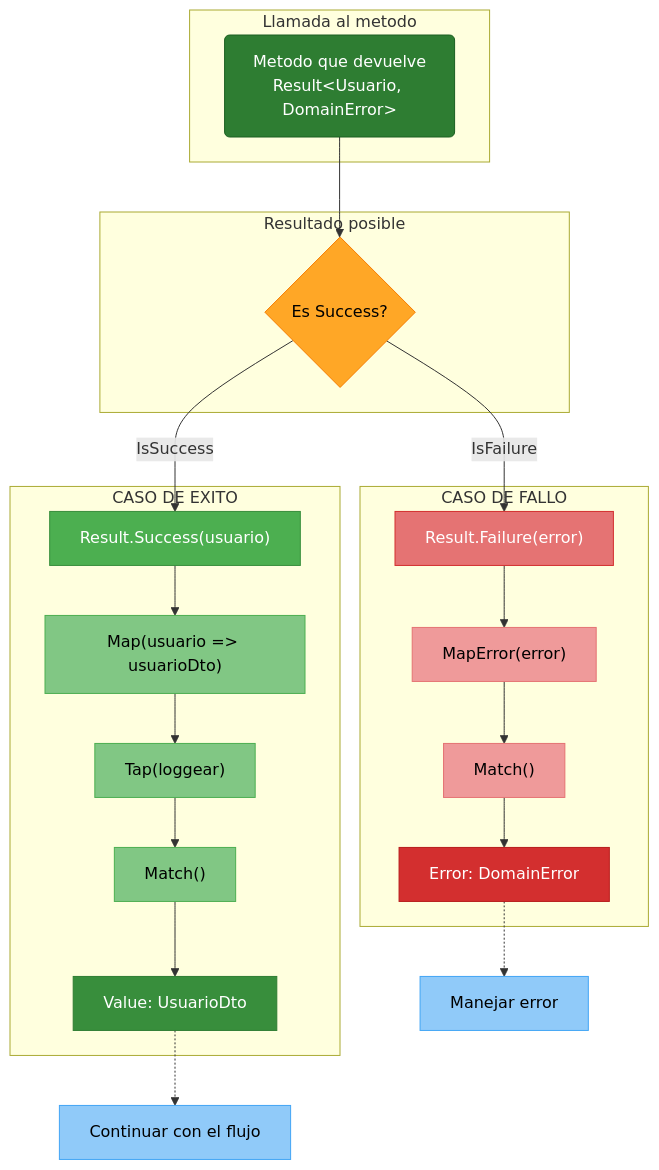
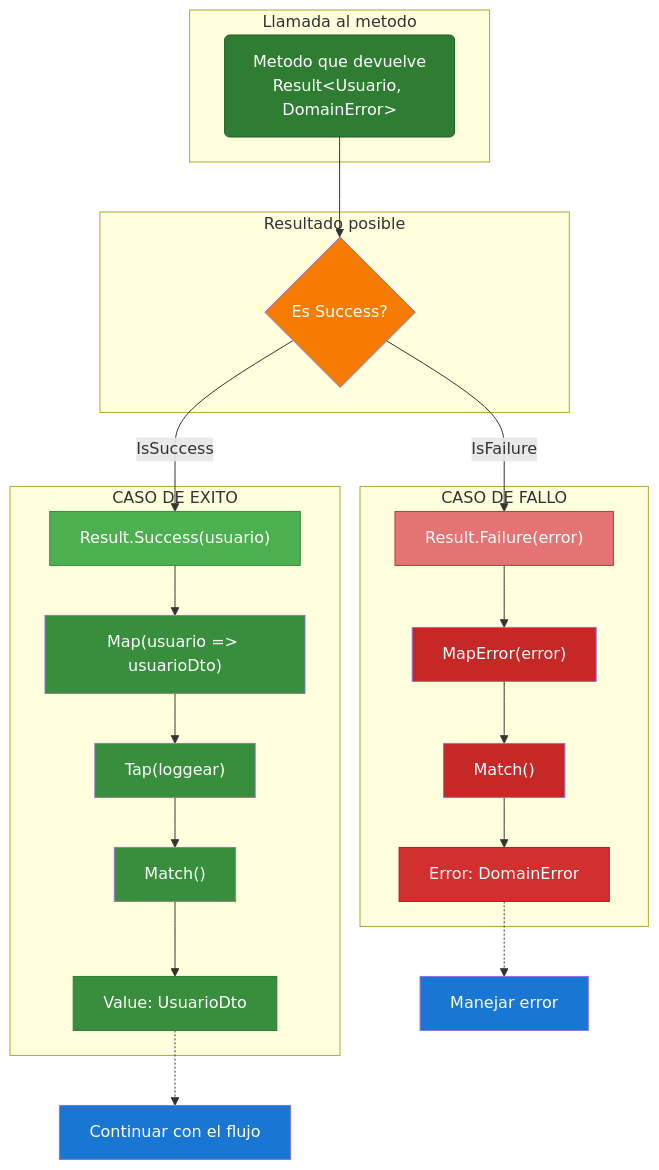
Before and after one commit to joseluisgs/TiendaDawApi-NetCore: the third of 5 diagrams in doc/06-patron-result.md, drawn with Mermaid. The commit also changed 6 other files, not shown here.

Commit message:
docs: Corregir colores de diagramas Mermaid y comentarios en Program.cs

````diff
--- a/doc/06-patron-result.md
+++ b/doc/06-patron-result.md
@@ -223,42 +223,42 @@
 ```mermaid
 flowchart TD
     subgraph "Llamada al metodo"
         START("Metodo que devuelve<br/>Result&lt;Usuario, DomainError&gt;")
     end
     
     subgraph "Resultado posible"
         START --> RESULT{"Es Success?"}
     end
     
     subgraph "CASO DE EXITO"
         RESULT -->|IsSuccess| SUCCESS["Result.Success(usuario)"]
         SUCCESS --> MAP["Map(usuario =&gt; usuarioDto)"]
         MAP --> TAP["Tap(loggear)"]
         TAP --> MATCH["Match()"]
         MATCH --> VALOR["Value: UsuarioDto"]
     end
     
     subgraph "CASO DE FALLO"
         RESULT -->|IsFailure| FAILURE["Result.Failure(error)"]
         FAILURE --> MAP_ERR["MapError(error)"]
         MAP_ERR --> MATCH_ERR["Match()"]
         MATCH_ERR --> ERROR["Error: DomainError"]
     end
     
     VALOR -.-> CONTINUE["Continuar con el flujo"]
     ERROR -.-> HANDLER["Manejar error"]
     
     style START fill:#2E7D32,stroke:#1B5E20,color:#ffffff
     style SUCCESS fill:#4CAF50,stroke:#388E3C,color:#ffffff
     style FAILURE fill:#E57373,stroke:#D32F2F,color:#ffffff
     style VALOR fill:#388E3C,stroke:#2E7D32,color:#ffffff
     style ERROR fill:#D32F2F,stroke:#B71C1C,color:#ffffff
-    style RESULT fill:#FFA726,stroke:#F57C00,color:#000000
-    style MAP fill:#81C784,stroke:#4CAF50,color:#000000
-    style TAP fill:#81C784,stroke:#4CAF50,color:#000000
-    style MATCH fill:#81C784,stroke:#4CAF50,color:#000000
-    style MAP_ERR fill:#EF9A9A,stroke:#E57373,color:#000000
-    style MATCH_ERR fill:#EF9A9A,stroke:#E57373,color:#000000
-    style CONTINUE fill:#90CAF9,stroke:#42A5F5,color:#000000
-    style HANDLER fill:#90CAF9,stroke:#42A5F5,color:#000000
+    style RESULT fill:#F57C00,color:#ffffff
+    style MAP fill:#388E3C,color:#ffffff
+    style TAP fill:#388E3C,color:#ffffff
+    style MATCH fill:#388E3C,color:#ffffff
+    style MAP_ERR fill:#C62828,color:#ffffff
+    style MATCH_ERR fill:#C62828,color:#ffffff
+    style CONTINUE fill:#1976D2,color:#ffffff
+    style HANDLER fill:#1976D2,color:#ffffff
 ```
````
